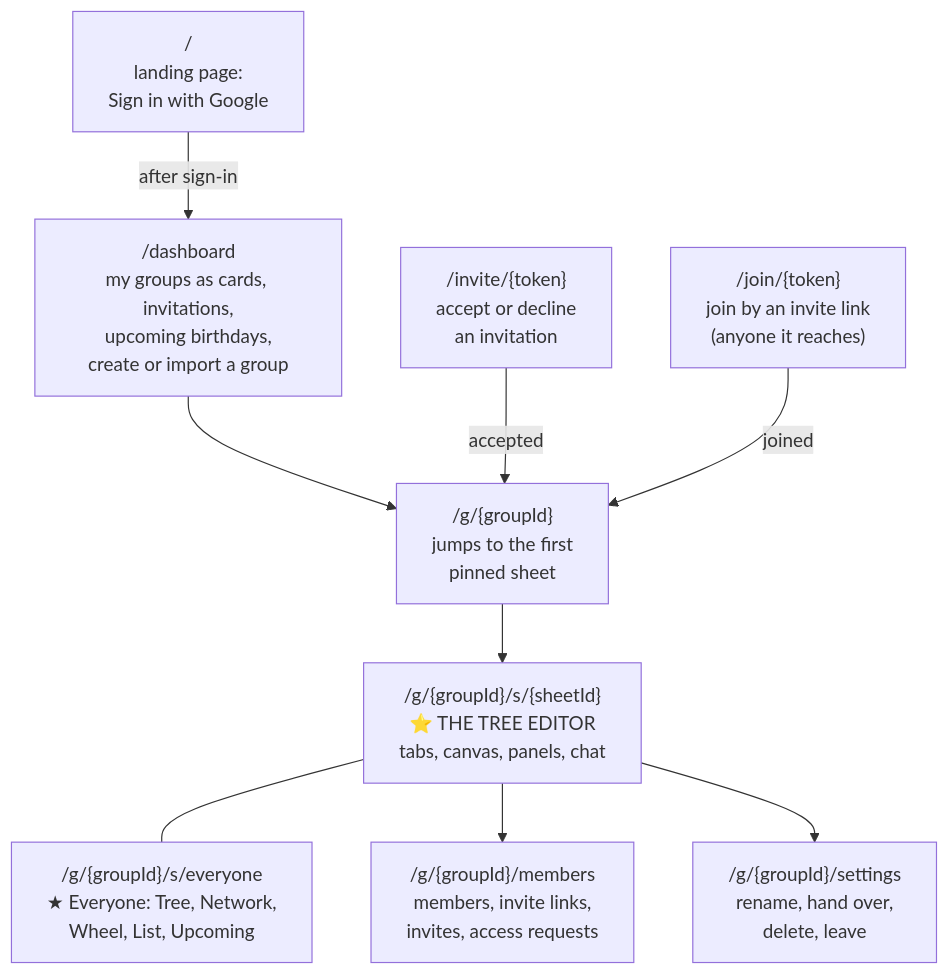
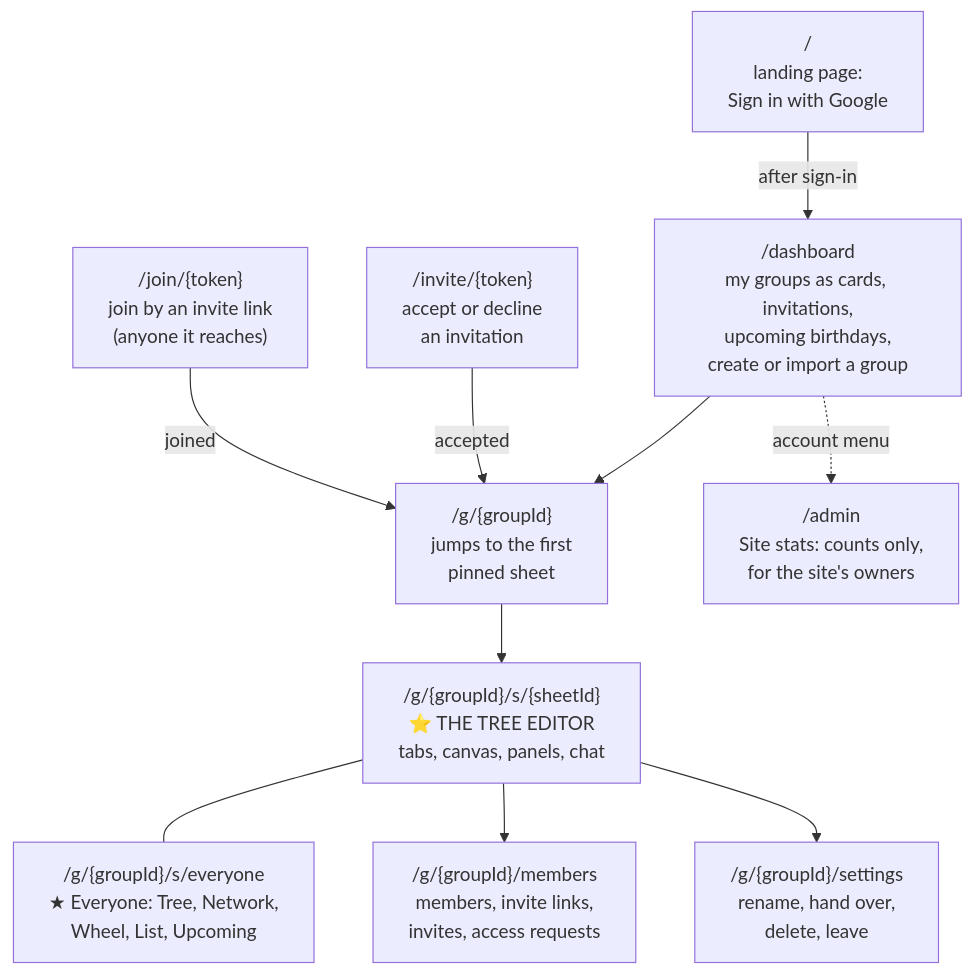
The ninth of 21 diagrams in docs/PROJECT_GUIDE.md (harikiranvusirikala/Family-Tree-with-AI), drawn with Mermaid before and after one commit. The commit also changed other lines of this file and 25 other files, not shown here.

First line of the commit message:
Site stats for the site's owner (owner request)

````diff
--- a/docs/PROJECT_GUIDE.md
+++ b/docs/PROJECT_GUIDE.md
@@ -258,20 +258,22 @@
 ```mermaid
 flowchart TB
     root["/ <br/>landing page:<br/>Sign in with Google"]
     dash["/dashboard<br/>my groups as cards, invitations,<br/>upcoming birthdays,<br/>create or import a group"]
     g["/g/{groupId}<br/>jumps to the first<br/>pinned sheet"]
     s["/g/{groupId}/s/{sheetId}<br/>⭐ THE TREE EDITOR<br/>tabs, canvas, panels, chat"]
     ev["/g/{groupId}/s/everyone<br/>★ Everyone: Tree, Network,<br/>Wheel, List, Upcoming"]
     mem["/g/{groupId}/members<br/>members, invite links,<br/>invites, access requests"]
     set["/g/{groupId}/settings<br/>rename, hand over,<br/>delete, leave"]
     inv["/invite/{token}<br/>accept or decline<br/>an invitation"]
     join["/join/{token}<br/>join by an invite link<br/>(anyone it reaches)"]
+    admin["/admin<br/>Site stats: counts only,<br/>for the site's owners"]
 
     root -->|"after sign-in"| dash
     dash --> g --> s
     s --- ev
     s --> mem
     s --> set
     inv -->|"accepted"| g
     join -->|"joined"| g
+    dash -.->|"account menu"| admin
 ```
````
